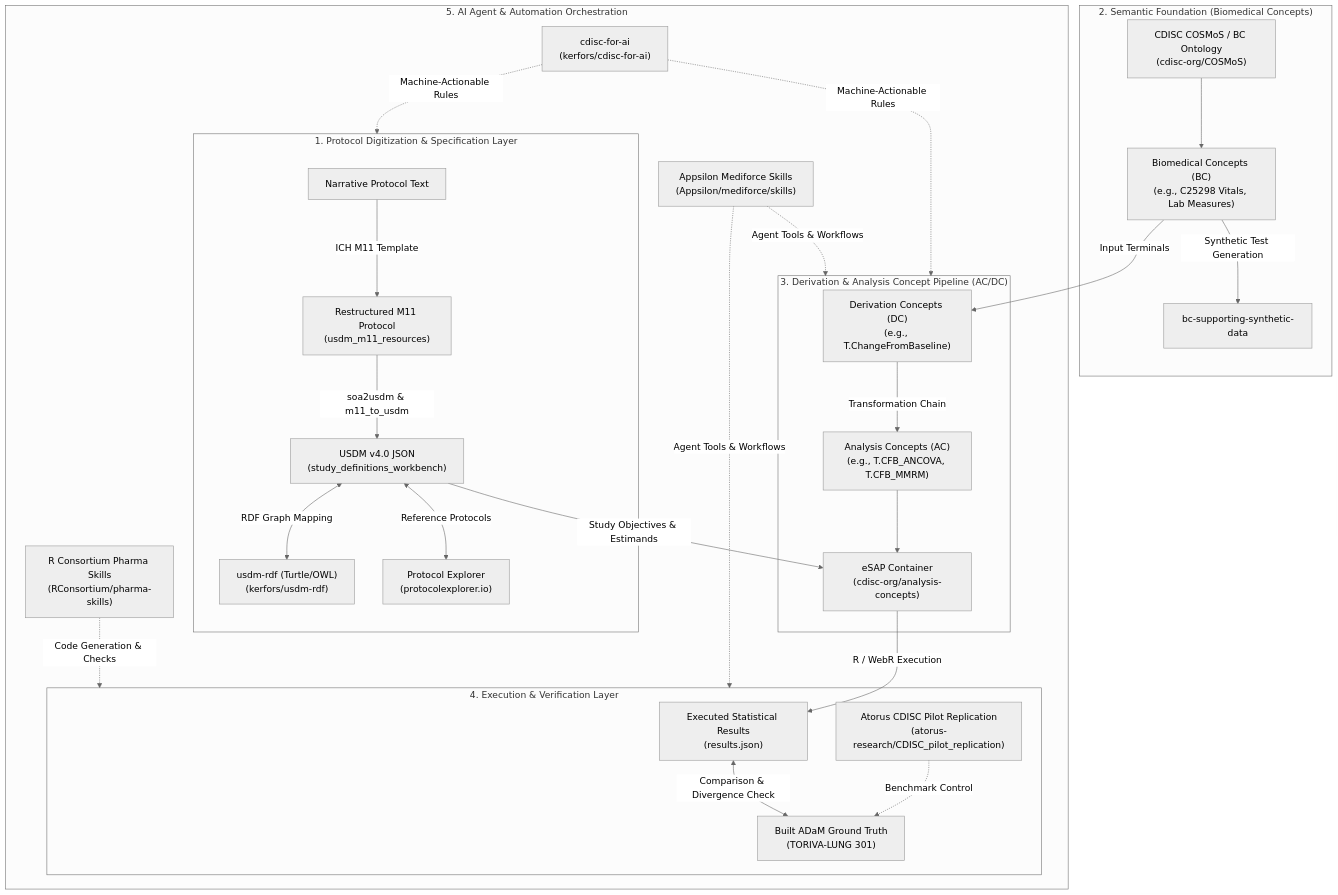
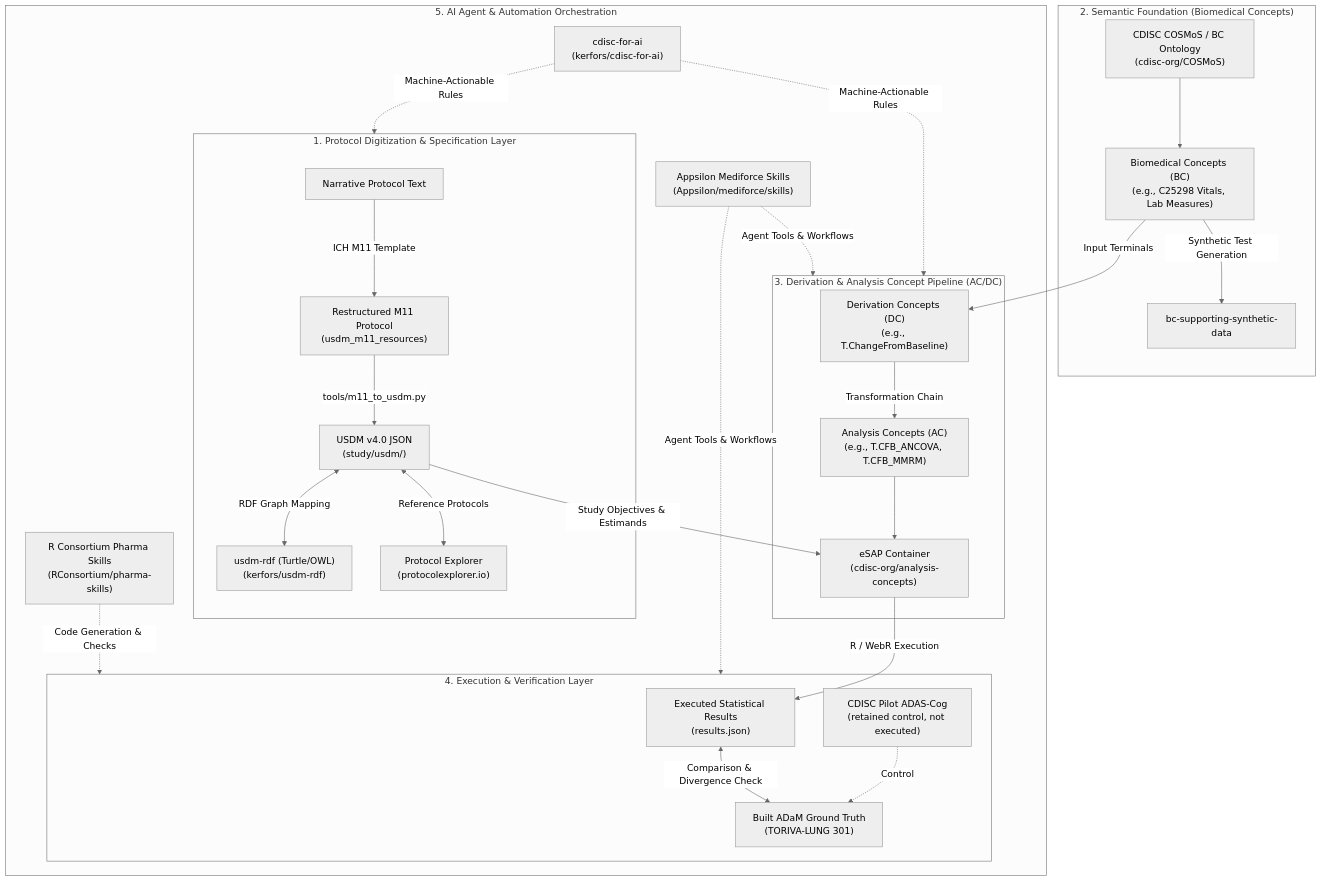
One commit to Lovemore-Gakava/usdm-acdc-in-practice changed the first of 2 diagrams in docs/big-picture.md. Above: the diagram before and after it, drawn with Mermaid (neutral theme). The commit also changed other lines of this file, not shown here.

First line of the commit message:
big-picture.md: figures to the a806630 pin, ADAS-Cog stated as unexecuted, reference roles restated as used/not used (checked against the repo)

````diff
--- a/docs/big-picture.md
+++ b/docs/big-picture.md
@@ -9,37 +11,37 @@
 ```mermaid
 flowchart TD
     subgraph L1 ["1. Protocol Digitization & Specification Layer"]
         M11["Narrative Protocol Text"] -->|ICH M11 Template| M11_Doc["Restructured M11 Protocol<br/>(usdm_m11_resources)"]
-        M11_Doc -->|soa2usdm & m11_to_usdm| USDM["USDM v4.0 JSON<br/>(study_definitions_workbench)"]
+        M11_Doc -->|tools/m11_to_usdm.py| USDM["USDM v4.0 JSON<br/>(study/usdm/)"]
         USDM <-->|RDF Graph Mapping| RDF["usdm-rdf (Turtle/OWL)<br/>(kerfors/usdm-rdf)"]
         USDM <-->|Reference Protocols| PE["Protocol Explorer<br/>(protocolexplorer.io)"]
     end
 
     subgraph L2 ["2. Semantic Foundation (Biomedical Concepts)"]
         COSMOS["CDISC COSMoS / BC Ontology<br/>(cdisc-org/COSMoS)"] --> BC["Biomedical Concepts (BC)<br/>(e.g., C25298 Vitals, Lab Measures)"]
         BC -->|Synthetic Test Generation| SYNTH["bc-supporting-synthetic-data"]
     end
 
     subgraph L3 ["3. Derivation & Analysis Concept Pipeline (AC/DC)"]
         BC -->|Input Terminals| DC["Derivation Concepts (DC)<br/>(e.g., T.ChangeFromBaseline)"]
         DC -->|Transformation Chain| AC["Analysis Concepts (AC)<br/>(e.g., T.CFB_ANCOVA, T.CFB_MMRM)"]
         USDM -->|Study Objectives & Estimands| ESAP["eSAP Container<br/>(cdisc-org/analysis-concepts)"]
         AC --> ESAP
     end
 
     subgraph L4 ["4. Execution & Verification Layer"]
         ESAP -->|R / WebR Execution| EXEC["Executed Statistical Results<br/>(results.json)"]
-        PILOT["Atorus CDISC Pilot Replication<br/>(atorus-research/CDISC_pilot_replication)"] -.->|Benchmark Control| COMPARE
+        PILOT["CDISC Pilot ADAS-Cog<br/>(retained control, not executed)"] -.->|Control| COMPARE
         EXEC <-->|Comparison & Divergence Check| COMPARE["Built ADaM Ground Truth<br/>(TORIVA-LUNG 301)"]
     end
 
     subgraph L5 ["5. AI Agent & Automation Orchestration"]
         AI_SPEC["cdisc-for-ai<br/>(kerfors/cdisc-for-ai)"]
         MEDIFORCE["Appsilon Mediforce Skills<br/>(Appsilon/mediforce/skills)"]
         PHARMA_SKILLS["R Consortium Pharma Skills<br/>(RConsortium/pharma-skills)"]
         
         AI_SPEC -.->|Machine-Actionable Rules| L1 & L3
         MEDIFORCE -.->|Agent Tools & Workflows| L3 & L4
         PHARMA_SKILLS -.->|Code Generation & Checks| L4
     end
 ```
````
